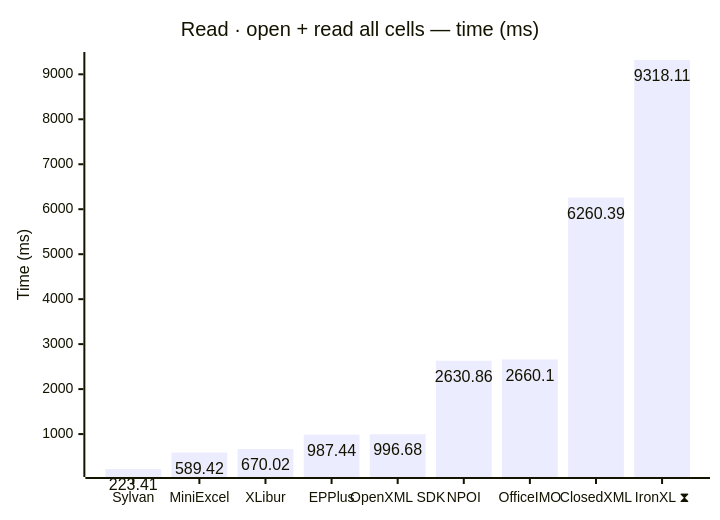
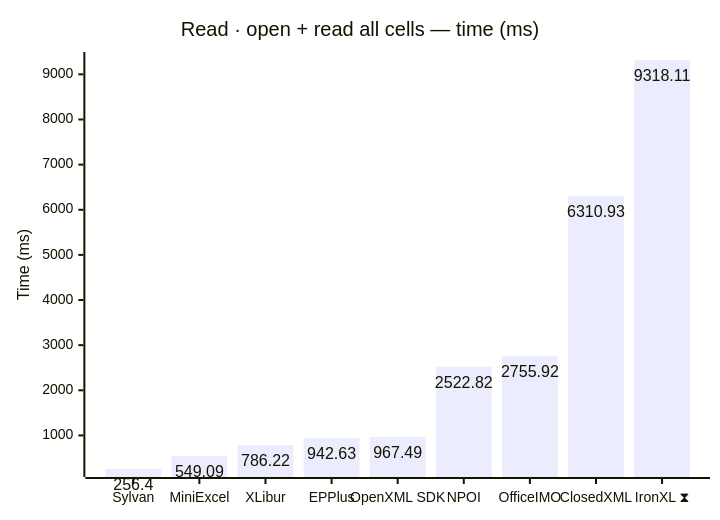
Before and after one commit to jafin/XLBench: the third of 12 diagrams in docs/results-ci.md, drawn with Mermaid. The commit also changed other lines of this file, not shown here.

````diff
--- a/docs/results-ci.md
+++ b/docs/results-ci.md
@@ -69,12 +69,12 @@
 ```mermaid
 ---
 config:
   xyChart:
     showDataLabel: true
 ---
 xychart-beta
     title "Read · open + read all cells — time (ms)"
     x-axis ["Sylvan", "MiniExcel", "XLibur", "EPPlus", "OpenXML SDK", "NPOI", "OfficeIMO", "ClosedXML", "IronXL ⧗"]
     y-axis "Time (ms)"
-    bar [223.41, 589.42, 670.02, 987.44, 996.68, 2630.86, 2660.1, 6260.39, 9318.11]
+    bar [256.4, 549.09, 786.22, 942.63, 967.49, 2522.82, 2755.92, 6310.93, 9318.11]
 ```
````
